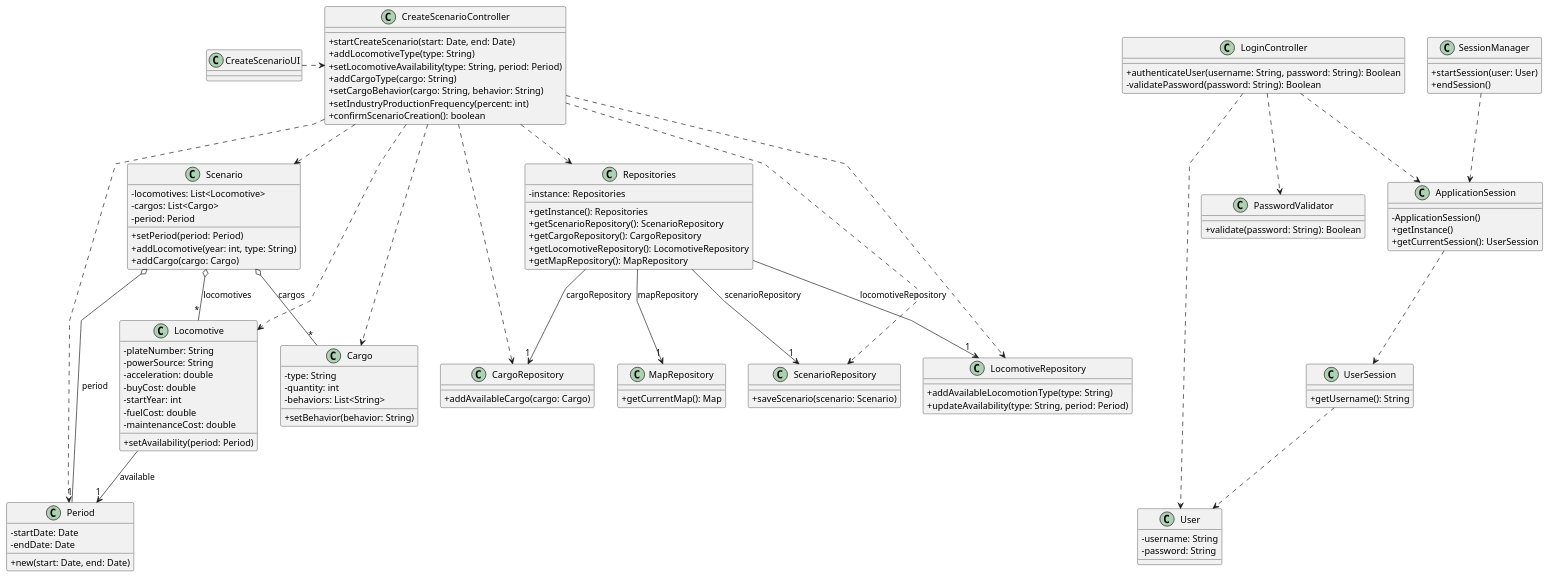
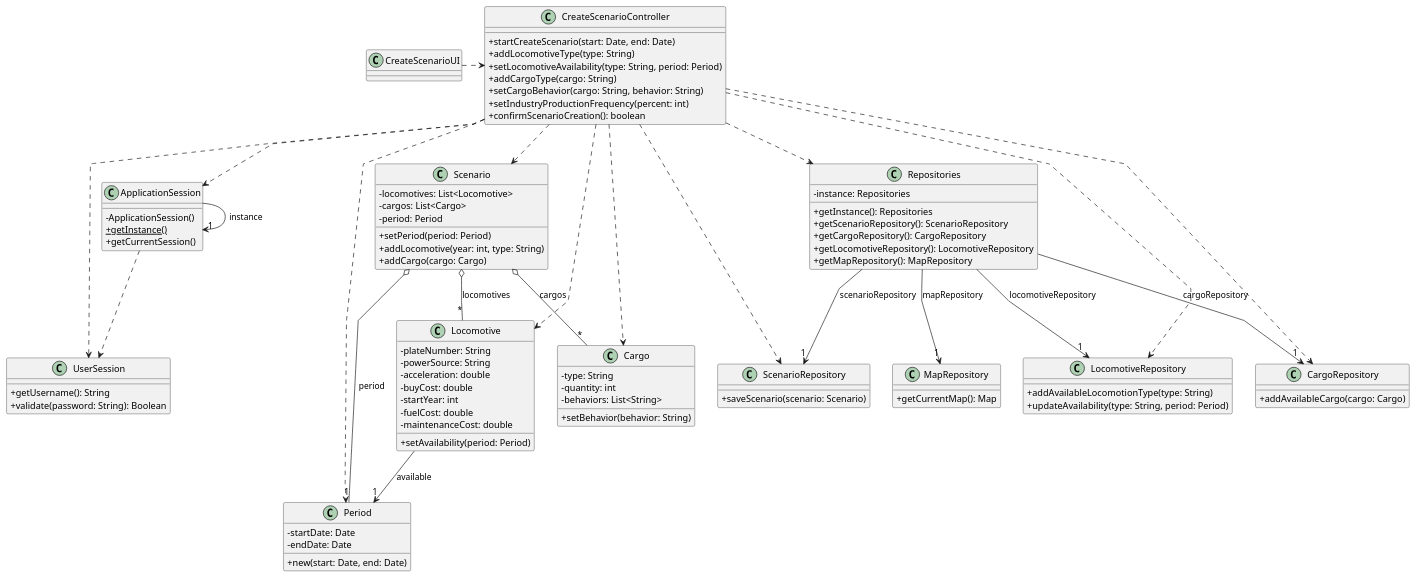
The diagram in docs/system-documentation/US004/03.design/puml/US004-CD.puml (1240826/empire-on-tracks), drawn with PlantUML before and after one commit. The commit also changed 3 other files, not shown here.

```diff
--- a/docs/system-documentation/US004/03.design/puml/US004-CD.puml
+++ b/docs/system-documentation/US004/03.design/puml/US004-CD.puml
@@ -1,141 +1,124 @@
 @startuml
 skinparam packageStyle rectangle
 skinparam shadowing false
 skinparam linetype polyline
 skinparam classAttributeIconSize 0
 
-class LoginController {
-    + authenticateUser(username: String, password: String): Boolean
-    - validatePassword(password: String): Boolean
-}
 
-class User {
-    - username: String
-    - password: String
-}
-
-class PasswordValidator {
-    + validate(password: String): Boolean
-}
-
-class ApplicationSession {
+class ApplicationSession
+{
     - ApplicationSession()
-    + getInstance()
-    + getCurrentSession(): UserSession
+    + {static} getInstance()
+    + getCurrentSession()
 }
 
 class UserSession {
     + getUsername(): String
+    + validate(password: String): Boolean
 }
 
-class SessionManager {
-    + startSession(user: User)
-    + endSession()
-}
-
-LoginController ..> User
-LoginController ..> PasswordValidator
-LoginController ..> ApplicationSession
 ApplicationSession ..> UserSession
-UserSession ..> User
-SessionManager ..> ApplicationSession
+ApplicationSession -> "1" ApplicationSession : instance
 
 
 class CreateScenarioUI {
 
 }
 
 class CreateScenarioController {
     + startCreateScenario(start: Date, end: Date)
     + addLocomotiveType(type: String)
     + setLocomotiveAvailability(type: String, period: Period)
     + addCargoType(cargo: String)
     + setCargoBehavior(cargo: String, behavior: String)
     + setIndustryProductionFrequency(percent: int)
     + confirmScenarioCreation(): boolean
 }
 
 CreateScenarioUI .> CreateScenarioController
 
 
 class Scenario {
     - locomotives: List<Locomotive>
     - cargos: List<Cargo>
     - period: Period
     + setPeriod(period: Period)
     + addLocomotive(year: int, type: String)
     + addCargo(cargo: Cargo)
 }
 
 class Period {
     - startDate: Date
     - endDate: Date
     + new(start: Date, end: Date)
 }
 
 class Cargo {
     - type: String
     - quantity: int
     - behaviors: List<String>
     + setBehavior(behavior: String)
 }
 
 class Locomotive {
      - plateNumber: String
      - powerSource: String
      - acceleration: double
      - buyCost: double
      - startYear: int
      - fuelCost: double
      - maintenanceCost: double
      + setAvailability(period: Period)
 }
 
 class Repositories {
     - instance: Repositories
     + getInstance(): Repositories
     + getScenarioRepository(): ScenarioRepository
     + getCargoRepository(): CargoRepository
     + getLocomotiveRepository(): LocomotiveRepository
     + getMapRepository(): MapRepository
 }
 
 class ScenarioRepository {
     + saveScenario(scenario: Scenario)
 }
 
 class CargoRepository {
     + addAvailableCargo(cargo: Cargo)
 }
 
 class LocomotiveRepository {
     + addAvailableLocomotionType(type: String)
     + updateAvailability(type: String, period: Period)
 }
 
 class MapRepository {
     + getCurrentMap(): Map
 }
-
+CreateScenarioController ..> ApplicationSession
+CreateScenarioController ..> UserSession
 CreateScenarioController ..> Repositories
 CreateScenarioController ..> ScenarioRepository
 CreateScenarioController ..> CargoRepository
 CreateScenarioController ..> LocomotiveRepository
 CreateScenarioController ..> Period
 CreateScenarioController ..> Scenario
 CreateScenarioController ..> Cargo
 CreateScenarioController ..> Locomotive
 
 
 Repositories --> "1" ScenarioRepository : scenarioRepository
 Repositories --> "1" CargoRepository : cargoRepository
 Repositories --> "1" LocomotiveRepository : locomotiveRepository
 Repositories --> "1" MapRepository : mapRepository
 
 Scenario o-- "*" Locomotive : locomotives
 Scenario o-- "*" Cargo : cargos
 Scenario o-- "1" Period : period
 
 Locomotive --> "1" Period : available
 
+
+
 @enduml
```
